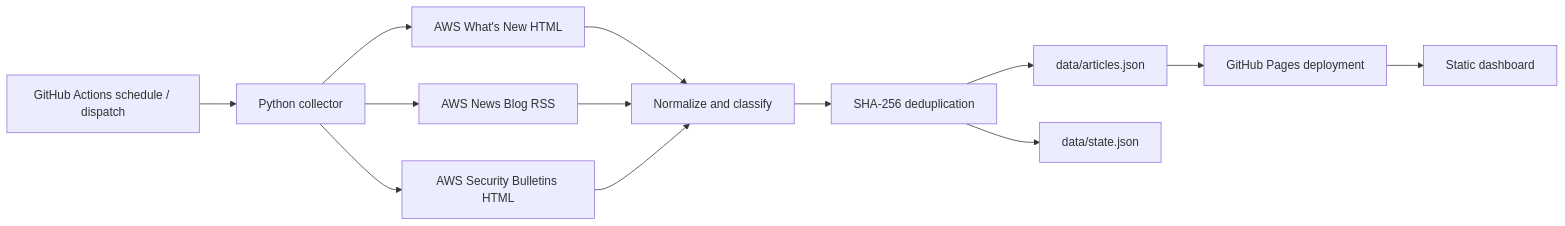
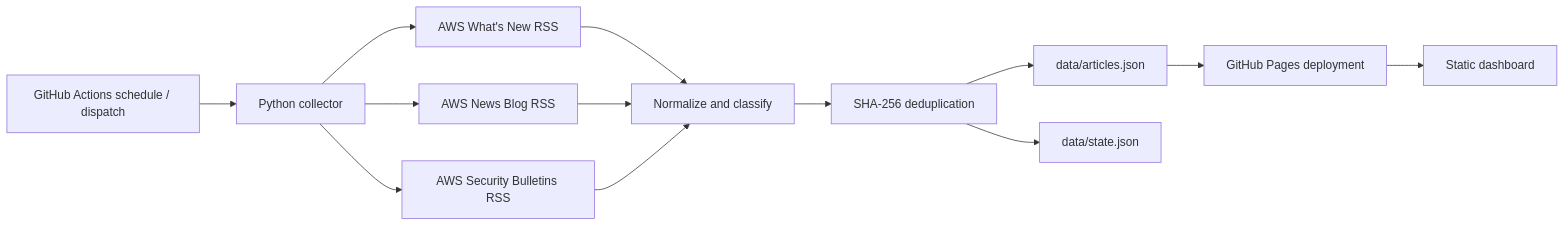
The first of 2 diagrams in docs/Architecture.md (Suraj58143/aws-release-monitor), drawn with Mermaid before and after one commit. The commit also changed other lines of this file and 15 other files, not shown here.

````diff
--- a/docs/Architecture.md
+++ b/docs/Architecture.md
@@ -5,15 +5,15 @@
 ```mermaid
 flowchart LR
     S[GitHub Actions schedule / dispatch] --> F[Python collector]
-    F --> A[AWS What's New HTML]
+    F --> A[AWS What's New RSS]
     F --> B[AWS News Blog RSS]
-    F --> C[AWS Security Bulletins HTML]
+    F --> C[AWS Security Bulletins RSS]
     A --> N[Normalize and classify]
     B --> N
     C --> N
     N --> D[SHA-256 deduplication]
     D --> J[data/articles.json]
     D --> M[data/state.json]
     J --> P[GitHub Pages deployment]
     P --> U[Static dashboard]
 ```
````
